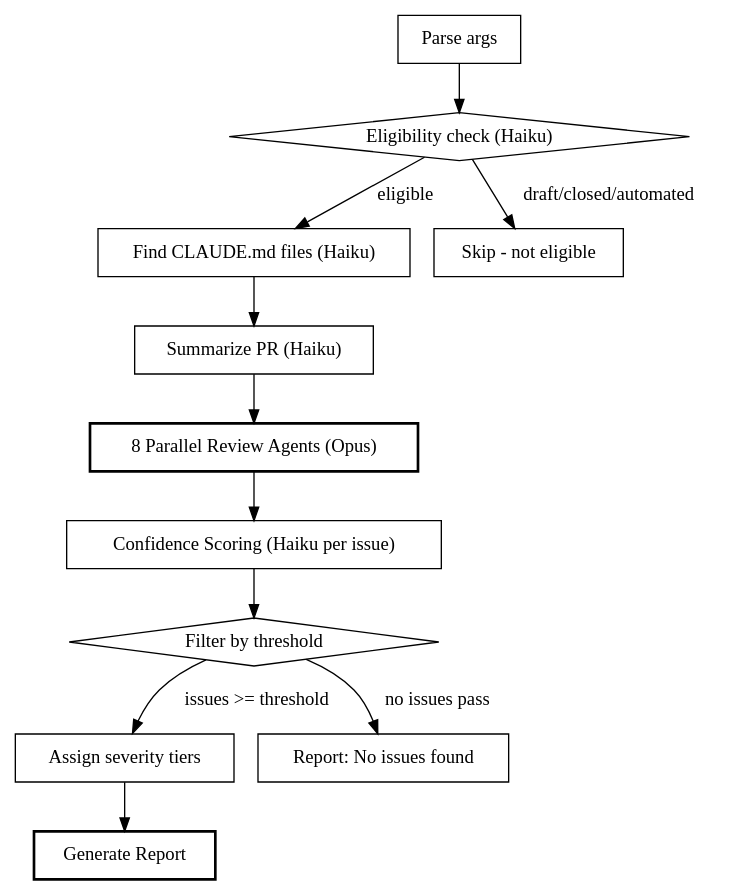
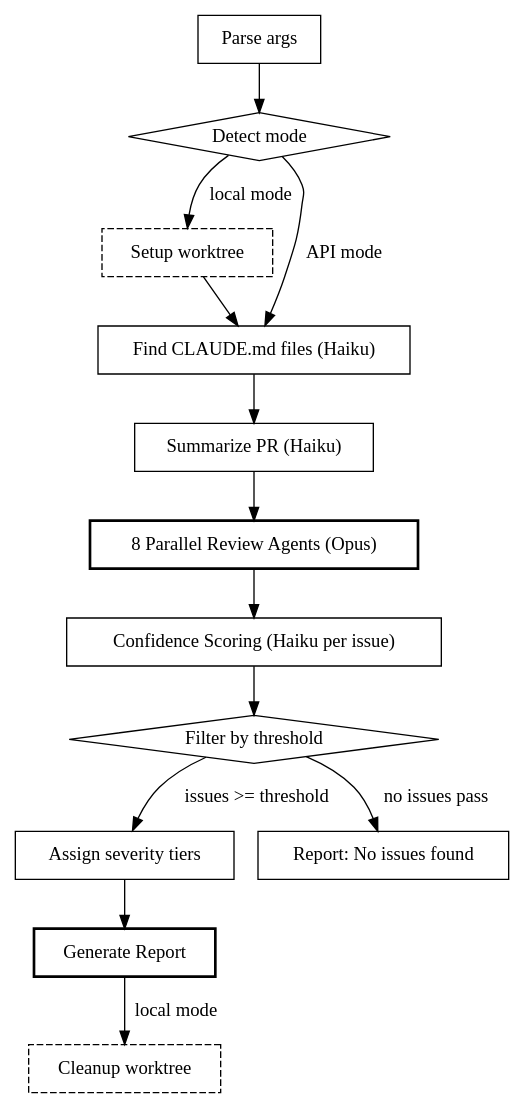
Before and after one commit to ronsanzone/claude-essentials: the diagram in .claude/skills/pr-review/SKILL.md, drawn with Graphviz. The commit also changed other lines of this file, not shown here.

First line of the commit message:
Add local mode to pr-review skill for faster reviews

````diff
--- a/.claude/skills/pr-review/SKILL.md
+++ b/.claude/skills/pr-review/SKILL.md
@@ -35,28 +39,31 @@
 ```dot
 digraph pr_review {
     rankdir=TB;
 
     "Parse args" [shape=box];
-    "Eligibility check (Haiku)" [shape=diamond];
+    "Detect mode" [shape=diamond];
+    "Setup worktree" [shape=box, style=dashed];
     "Find CLAUDE.md files (Haiku)" [shape=box];
     "Summarize PR (Haiku)" [shape=box];
     "8 Parallel Review Agents (Opus)" [shape=box, style=bold];
     "Confidence Scoring (Haiku per issue)" [shape=box];
     "Filter by threshold" [shape=diamond];
     "Assign severity tiers" [shape=box];
     "Generate Report" [shape=box, style=bold];
-    "Skip - not eligible" [shape=box];
+    "Cleanup worktree" [shape=box, style=dashed];
     "Report: No issues found" [shape=box];
 
-    "Parse args" -> "Eligibility check (Haiku)";
-    "Eligibility check (Haiku)" -> "Find CLAUDE.md files (Haiku)" [label="eligible"];
-    "Eligibility check (Haiku)" -> "Skip - not eligible" [label="draft/closed/automated"];
+    "Parse args" -> "Detect mode";
+    "Detect mode" -> "Setup worktree" [label="local mode"];
+    "Detect mode" -> "Find CLAUDE.md files (Haiku)" [label="API mode"];
+    "Setup worktree" -> "Find CLAUDE.md files (Haiku)";
     "Find CLAUDE.md files (Haiku)" -> "Summarize PR (Haiku)";
     "Summarize PR (Haiku)" -> "8 Parallel Review Agents (Opus)";
     "8 Parallel Review Agents (Opus)" -> "Confidence Scoring (Haiku per issue)";
     "Confidence Scoring (Haiku per issue)" -> "Filter by threshold";
     "Filter by threshold" -> "Assign severity tiers" [label="issues >= threshold"];
     "Filter by threshold" -> "Report: No issues found" [label="no issues pass"];
     "Assign severity tiers" -> "Generate Report";
+    "Generate Report" -> "Cleanup worktree" [label="local mode"];
 }
 ```
````
